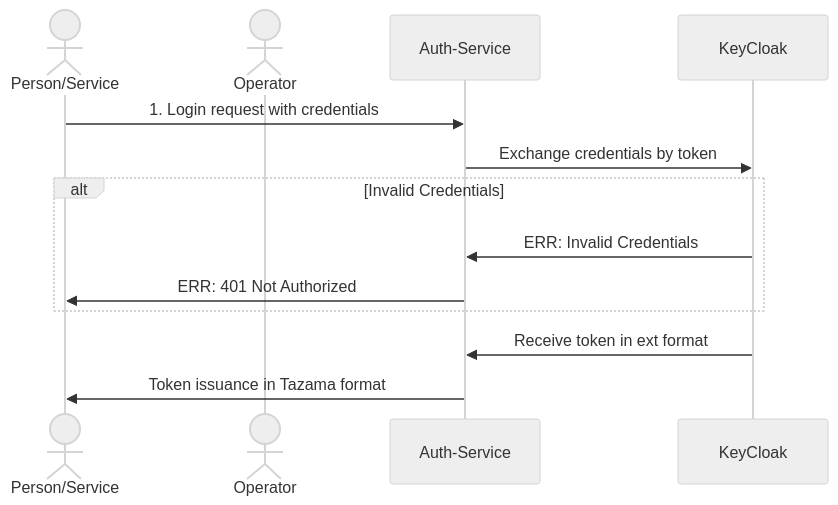
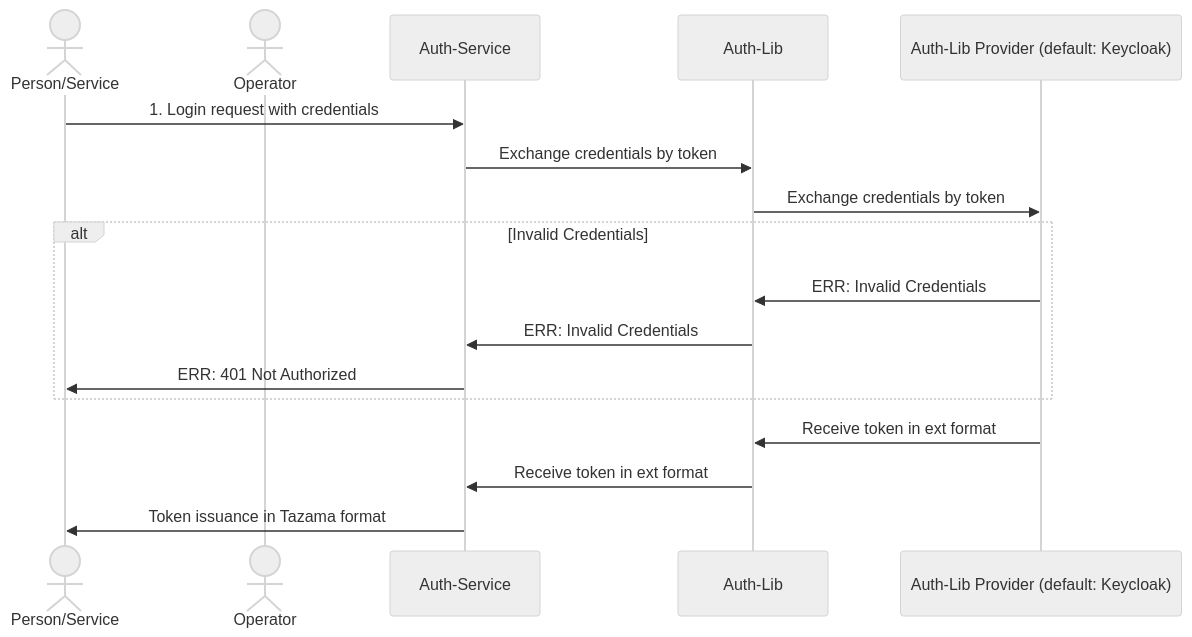
Before and after one commit to tazama-lf/auth-service: the diagram in README.md, drawn with Mermaid (neutral theme). The commit also changed other lines of this file, not shown here.

Commit message:
docs: auth-lib and auth-lib-provider-keycloak additions

````diff
--- a/README.md
+++ b/README.md
@@ -78,17 +94,21 @@
 ```mermaid
 sequenceDiagram
 
     actor Person_OR_Service_APP as Person/Service
     actor Operator as Operator
     participant Auth_Service as Auth-Service
-    participant Auth_Provider as KeyCloak
+    participant Auth_Lib as Auth-Lib
+    participant Auth_Provider as Auth-Lib Provider (default: Keycloak)
 
     Person_OR_Service_APP ->> Auth_Service: 1. Login request with credentials
-    Auth_Service ->> Auth_Provider: Exchange credentials by token
+    Auth_Service ->> Auth_Lib: Exchange credentials by token
+    Auth_Lib ->> Auth_Provider: Exchange credentials by token
     alt Invalid Credentials
-        Auth_Provider ->> Auth_Service: ERR: Invalid Credentials
+        Auth_Provider ->> Auth_Lib: ERR: Invalid Credentials
+        Auth_Lib ->> Auth_Service: ERR: Invalid Credentials
         Auth_Service ->> Person_OR_Service_APP: ERR: 401 Not Authorized    
     end
-    Auth_Provider ->> Auth_Service: Receive token in ext format
+    Auth_Provider ->> Auth_Lib: Receive token in ext format
+    Auth_Lib ->> Auth_Service: Receive token in ext format
     Auth_Service ->> Person_OR_Service_APP: Token issuance in Tazama format
 ```
````
